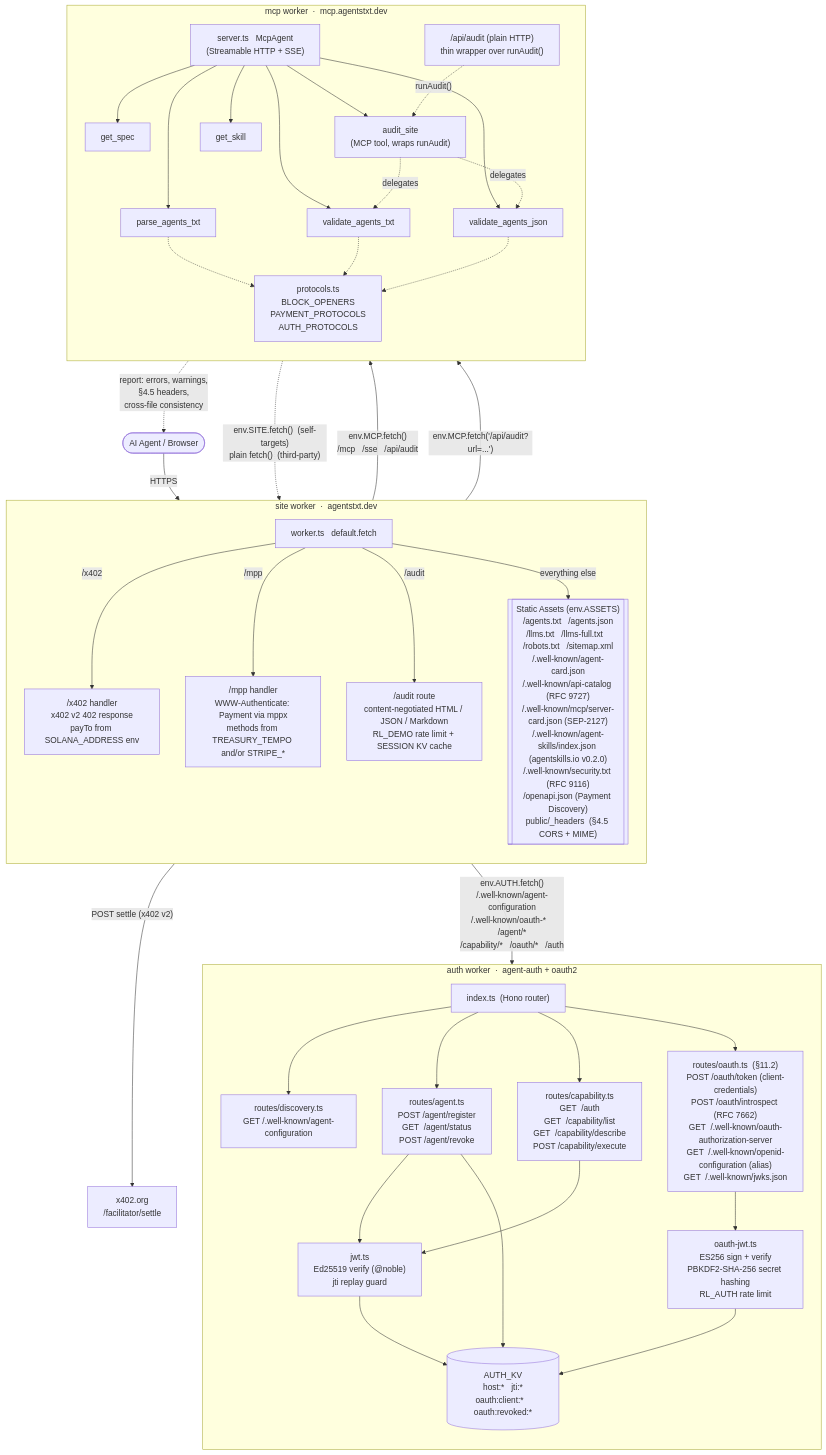
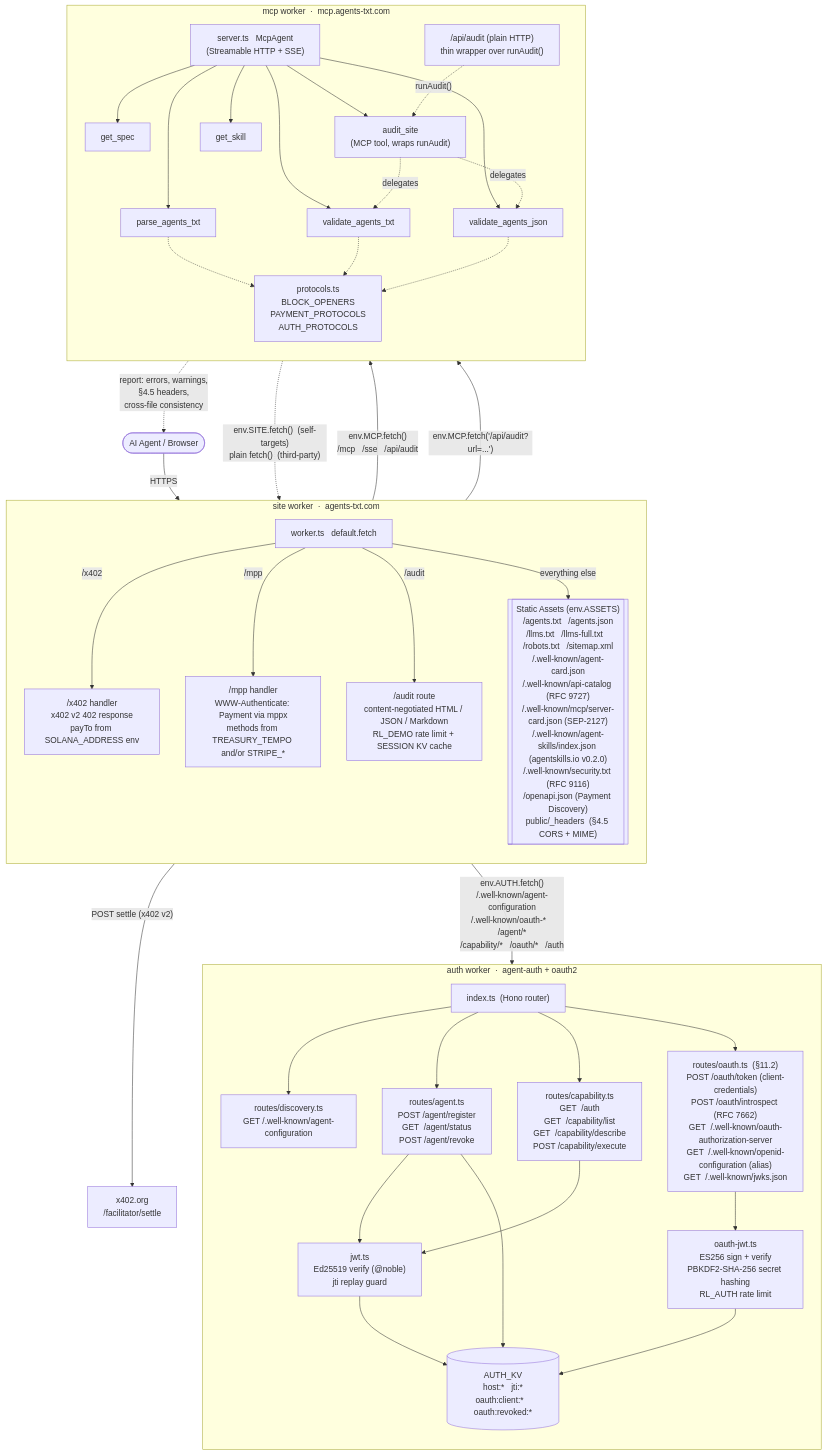
Before and after one commit to Agentstxtdev/Agentstxt: the diagram in README.md, drawn with Mermaid. The commit also changed other lines of this file and 67 other files, not shown here.

Commit message:
Migrate domain to agents-txt.com and GitHub org to agents-txt

````diff
--- a/README.md
+++ b/README.md
@@ -324,76 +324,76 @@
 ```mermaid
 flowchart TB
     Client(["AI Agent / Browser"])
 
-    subgraph SITE["site worker &nbsp;·&nbsp; agentstxt.dev"]
+    subgraph SITE["site worker &nbsp;·&nbsp; agents-txt.com"]
         direction TB
         SW["worker.ts &nbsp; default.fetch"]
         SP["/x402 handler<br/>x402 v2 402 response<br/>payTo from SOLANA_ADDRESS env"]
         SM["/mpp handler<br/>WWW-Authenticate: Payment via mppx<br/>methods from TREASURY_TEMPO and/or STRIPE_*"]
         SD["/audit route<br/>content-negotiated HTML / JSON / Markdown<br/>RL_DEMO rate limit + SESSION KV cache"]
         SA[["Static Assets (env.ASSETS)<br/>/agents.txt &nbsp; /agents.json<br/>/llms.txt &nbsp; /llms-full.txt &nbsp; /robots.txt &nbsp; /sitemap.xml<br/>/.well-known/agent-card.json<br/>/.well-known/api-catalog (RFC 9727)<br/>/.well-known/mcp/server-card.json (SEP-2127)<br/>/.well-known/agent-skills/index.json (agentskills.io v0.2.0)<br/>/.well-known/security.txt (RFC 9116)<br/>/openapi.json (Payment Discovery)<br/>public/_headers &nbsp;(§4.5 CORS + MIME)"]]
         SW -- "/x402" --> SP
         SW -- "/mpp"  --> SM
         SW -- "/audit" --> SD
         SW -- "everything else" --> SA
     end
 
-    subgraph MCP["mcp worker &nbsp;·&nbsp; mcp.agentstxt.dev"]
+    subgraph MCP["mcp worker &nbsp;·&nbsp; mcp.agents-txt.com"]
         direction TB
         MX["server.ts &nbsp; McpAgent<br/>(Streamable HTTP + SSE)"]
         MAPI["/api/audit (plain HTTP)<br/>thin wrapper over runAudit()"]
         MP["protocols.ts<br/>BLOCK_OPENERS<br/>PAYMENT_PROTOCOLS<br/>AUTH_PROTOCOLS"]
         M1["get_spec"]
         M2["parse_agents_txt"]
         M3["validate_agents_txt"]
         M4["validate_agents_json"]
         M5["audit_site<br/>(MCP tool, wraps runAudit)"]
         M6["get_skill"]
         MX --> M1
         MX --> M2
         MX --> M3
         MX --> M4
         MX --> M5
         MX --> M6
         M2 -.-> MP
         M3 -.-> MP
         M4 -.-> MP
         M5 -. "delegates" .-> M3
         M5 -. "delegates" .-> M4
     end
 
     subgraph AUTH["auth worker &nbsp;·&nbsp; agent-auth + oauth2"]
         direction TB
         AX["index.ts &nbsp;(Hono router)"]
         AD["routes/discovery.ts<br/>GET /.well-known/agent-configuration"]
         AA["routes/agent.ts<br/>POST /agent/register<br/>GET&nbsp; /agent/status<br/>POST /agent/revoke"]
         AC["routes/capability.ts<br/>GET&nbsp; /auth<br/>GET&nbsp; /capability/list<br/>GET&nbsp; /capability/describe<br/>POST /capability/execute"]
         AO["routes/oauth.ts &nbsp;(§11.2)<br/>POST /oauth/token (client-credentials)<br/>POST /oauth/introspect (RFC 7662)<br/>GET&nbsp; /.well-known/oauth-authorization-server<br/>GET&nbsp; /.well-known/openid-configuration (alias)<br/>GET&nbsp; /.well-known/jwks.json"]
         AJ["jwt.ts<br/>Ed25519 verify (@noble)<br/>jti replay guard"]
         AOJ["oauth-jwt.ts<br/>ES256 sign + verify<br/>PBKDF2-SHA-256 secret hashing<br/>RL_AUTH rate limit"]
         AKV[("AUTH_KV<br/>host:* &nbsp; jti:*<br/>oauth:client:* &nbsp; oauth:revoked:*")]
         AX --> AD
         AX --> AA
         AX --> AC
         AX --> AO
         AA --> AJ
         AC --> AJ
         AO --> AOJ
         AJ --> AKV
         AOJ --> AKV
         AA --> AKV
     end
 
     FAC["x402.org<br/>/facilitator/settle"]
 
     Client -->|HTTPS| SW
     SW -->|"env.MCP.fetch()<br/>/mcp &nbsp; /sse &nbsp; /api/audit"| MX
     SW -->|"env.AUTH.fetch()<br/>/.well-known/agent-configuration<br/>/.well-known/oauth-* &nbsp; /agent/*<br/>/capability/* &nbsp; /oauth/* &nbsp; /auth"| AX
     SP -->|"POST settle (x402 v2)"| FAC
 
     SD -->|"env.MCP.fetch('/api/audit?url=...')"| MAPI
     MAPI -. "runAudit()" .-> M5
     M5 -. "env.SITE.fetch() &nbsp;(self-targets)<br/>plain fetch() &nbsp;(third-party)" .-> SW
 
     M5 -. "report: errors, warnings,<br/>§4.5 headers,<br/>cross-file consistency" .-> Client
 ```
````
